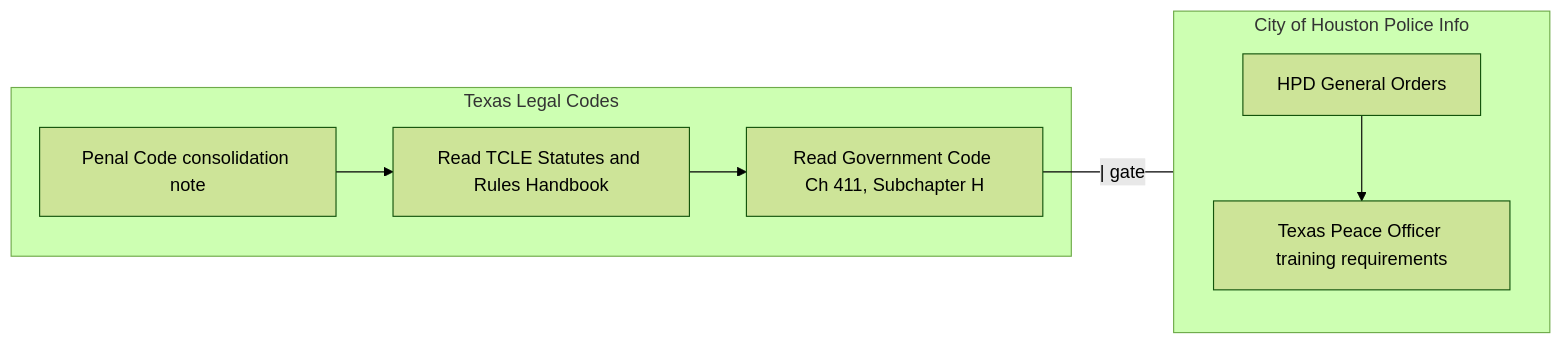
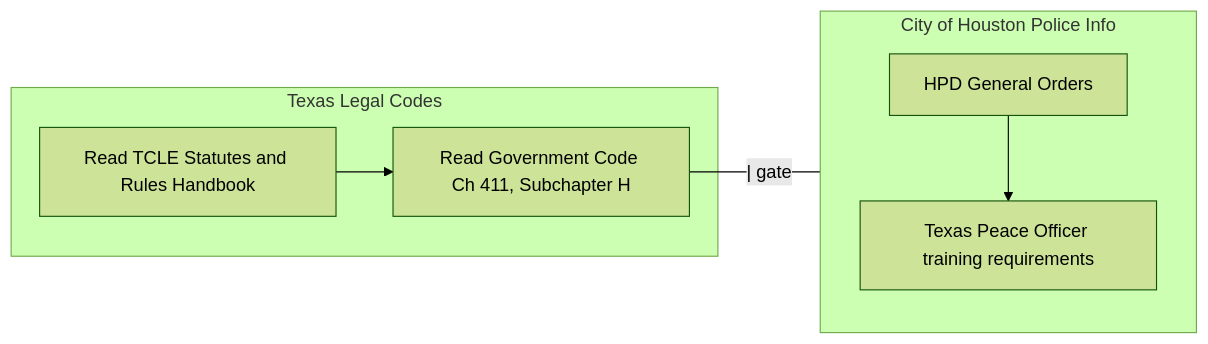
One commit to nlarralde535/Central-Notes-Repo changed the second of 2 diagrams in 2-Dataviews/PLATES.md. Above: the diagram before and after it, drawn with Mermaid (forest theme). The commit also changed 1 other file, not shown here.

Commit message:
update note: To Do

````diff
--- a/2-Dataviews/PLATES.md
+++ b/2-Dataviews/PLATES.md
@@ -27,18 +27,17 @@
 ```mermaid
 flowchart LR
 
 subgraph Texas Legal Codes
-R2[Penal Code consolidation note]
 R3[Read TCLE Statutes and Rules Handbook]
 R4[Read Government Code Ch 411, Subchapter H]
 end
 
-R2 --> R3 --> R4 ---|"| gate"|P2
+R3 --> R4 ---|"| gate"|P2
 
 subgraph P2 [City of Houston Police Info]
 R5[HPD General Orders]
 R6[Texas Peace Officer training requirements]
 end
 
 R5 --> R6
 ```
````
